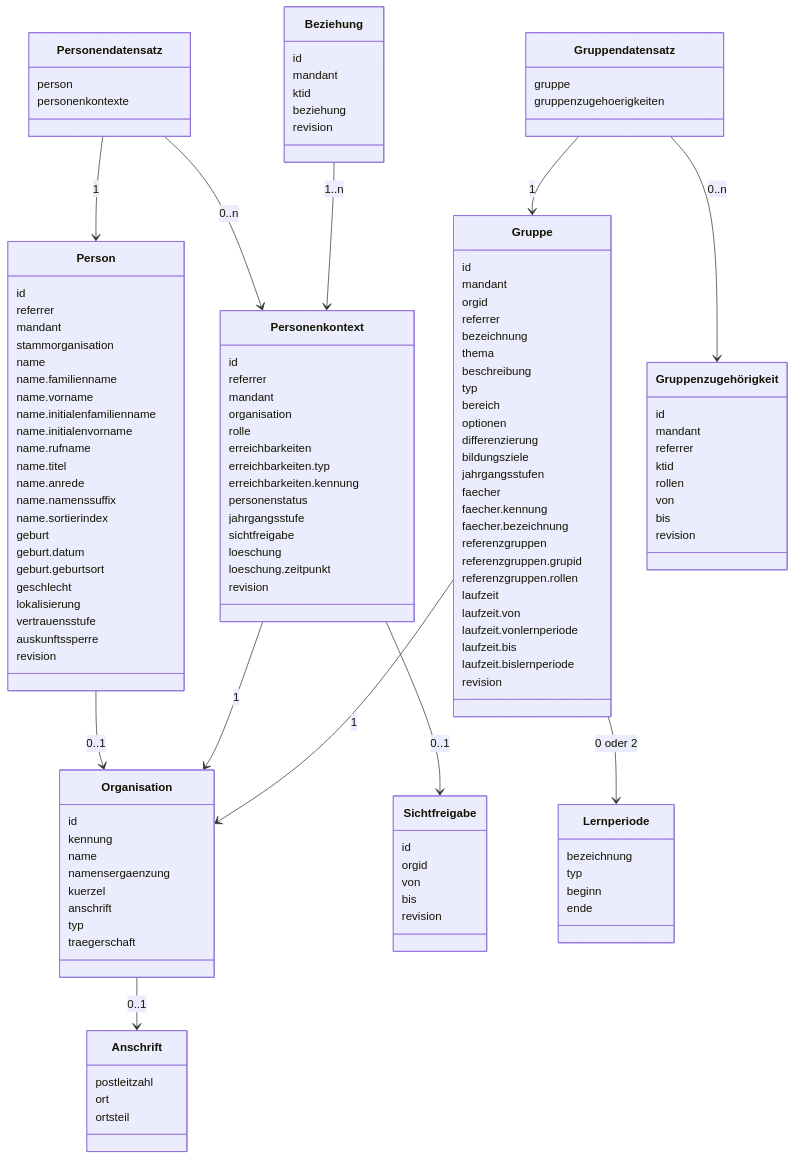
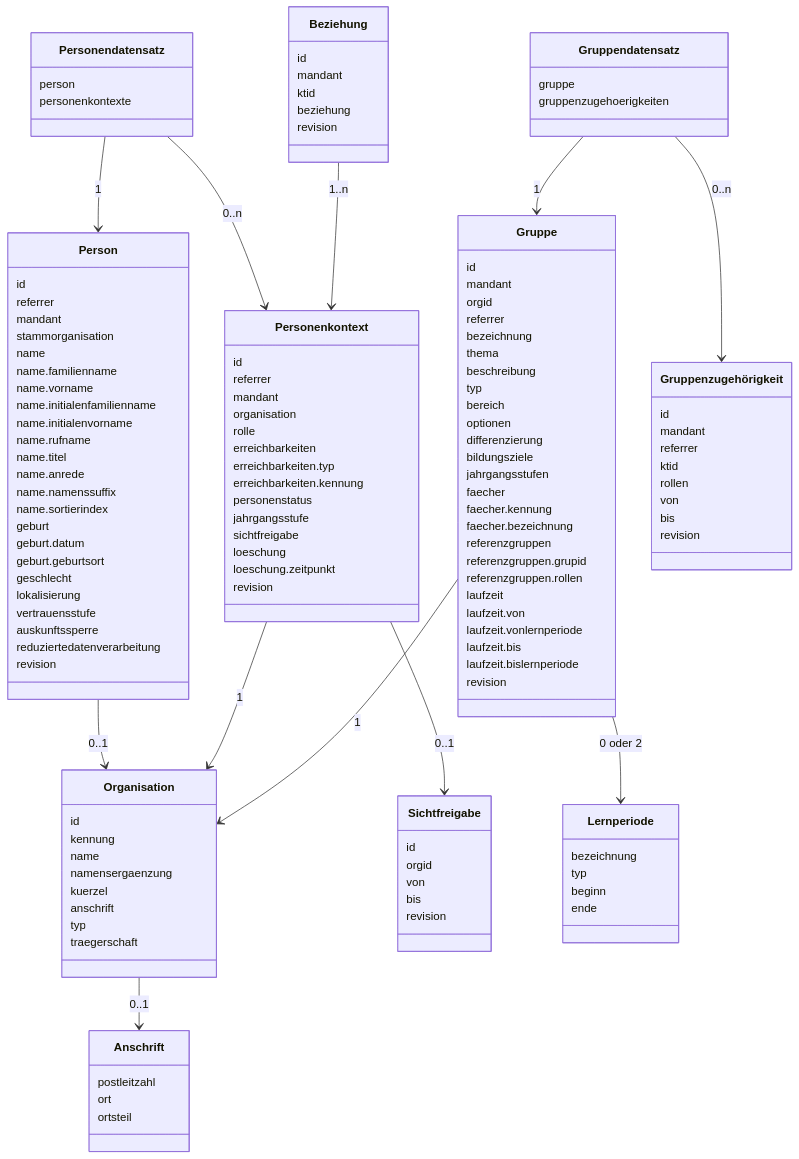
The diagram in docs/datenmodell-qs/datenmodell.md (Schulconnex/Schulconnex), drawn with Mermaid before and after one commit. The commit also changed 6 other files, not shown here.

```diff
--- a/docs/datenmodell-qs/datenmodell.md
+++ b/docs/datenmodell-qs/datenmodell.md
@@ -57,6 +57,7 @@
     lokalisierung
     vertrauensstufe
     auskunftssperre
+    reduziertedatenverarbeitung
     revision
   }
   class Personenkontext {
```
